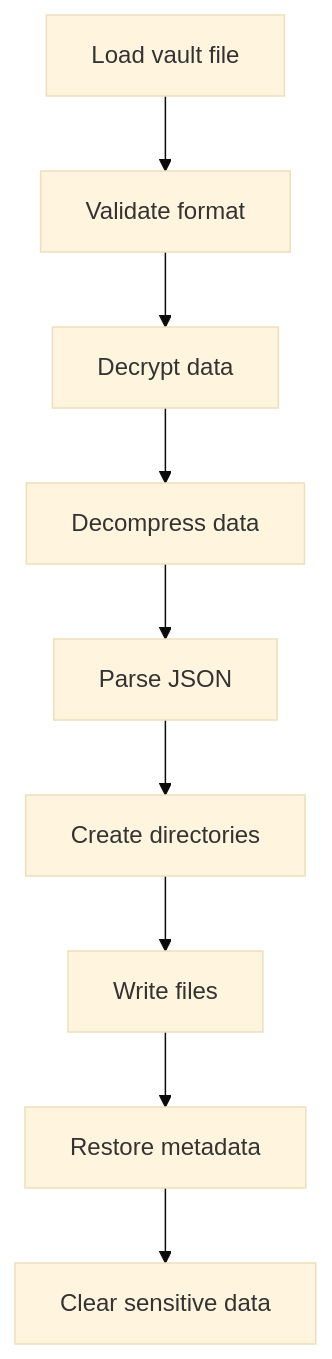
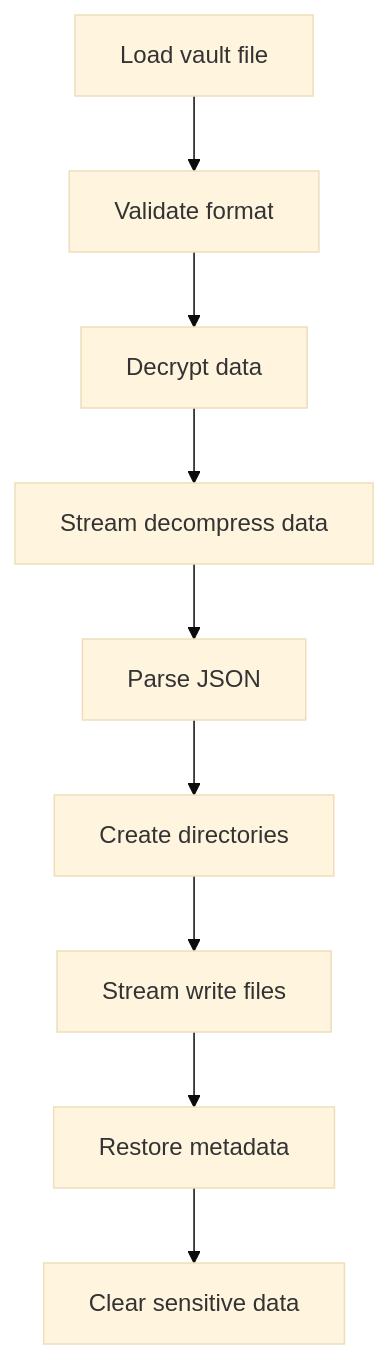
The fifth of 5 diagrams in docs/ARCHITECTURE.md (balamutik/flint-cli), drawn with Mermaid (base theme) before and after one commit. The commit also changed other lines of this file and 7 other files, not shown here.

````diff
--- a/docs/ARCHITECTURE.md
+++ b/docs/ARCHITECTURE.md
@@ -265,11 +279,11 @@
 ```mermaid
 flowchart TD
     A[Load vault file] --> B[Validate format]
     B --> C[Decrypt data]
-    C --> D[Decompress data]
+    C --> D[Stream decompress data]
     D --> E[Parse JSON]
     E --> F[Create directories]
-    F --> G[Write files]
+    F --> G[Stream write files]
     G --> H[Restore metadata]
     H --> I[Clear sensitive data]
 ```
````
